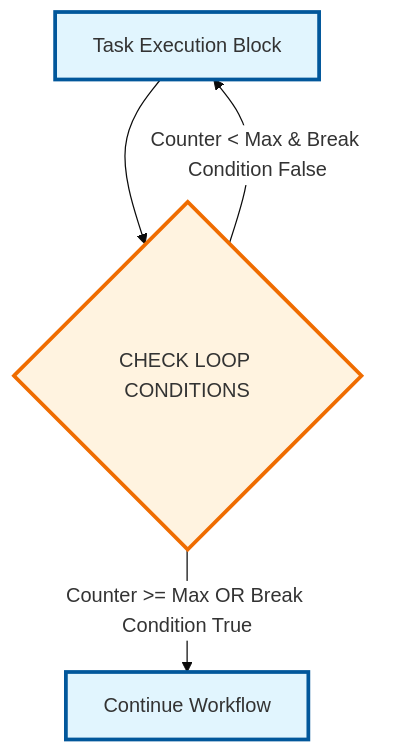
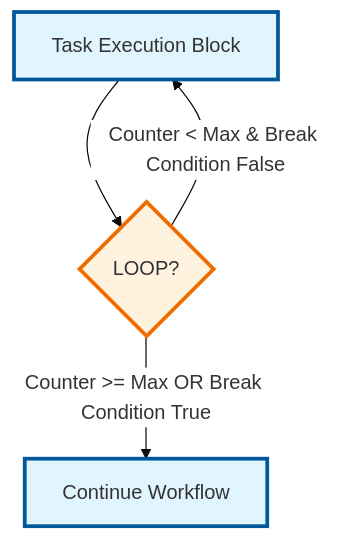
The sixth of 14 diagrams in TaskER_FlowChart.md (bastelbude1/Tasker), drawn with Mermaid before and after one commit.

Commit message:
Refine: Simplify Loop Block decision node text for better readability
- Changed decision node from "CHECK LOOP CONDITIONS" to "LOOP?" for conciseness
- Maintains detailed condition logic on arrow labels:
  - Continue: "Counter < Max & Break Condition False"
  - Exit: "Counter >= Max OR Break Condition True"
- Achieves optimal balance: clean decision node + detailed flow conditions
- Improves visual clarity while preserving technical accuracy

🤖 Generated with [Claude Code](https://claude.ai/code)

````diff
--- a/TaskER_FlowChart.md
+++ b/TaskER_FlowChart.md
@@ -245,11 +245,11 @@
 ```mermaid
 %%{init: {'theme':'base', 'themeVariables': {'primaryColor':'#ffffff'}}}%%
 flowchart TD
-    A[Task Execution Block] --> B{CHECK LOOP CONDITIONS}
+    A[Task Execution Block] --> B{LOOP?}
     B -->|Counter < Max & Break Condition False| A
     B -->|Counter >= Max OR Break Condition True| C[Continue Workflow]
 
     style A fill:#e1f5fe,stroke:#01579b,stroke-width:3px
     style B fill:#fff3e0,stroke:#ef6c00,stroke-width:3px
     style C fill:#e1f5fe,stroke:#01579b,stroke-width:3px
 ```
````
